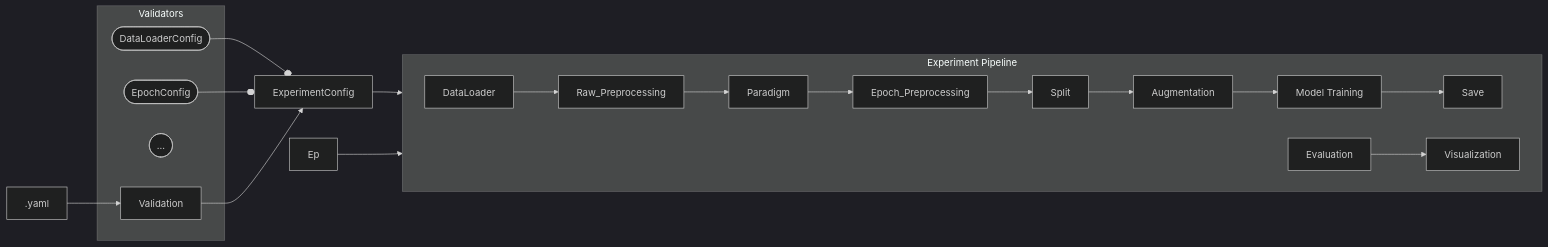
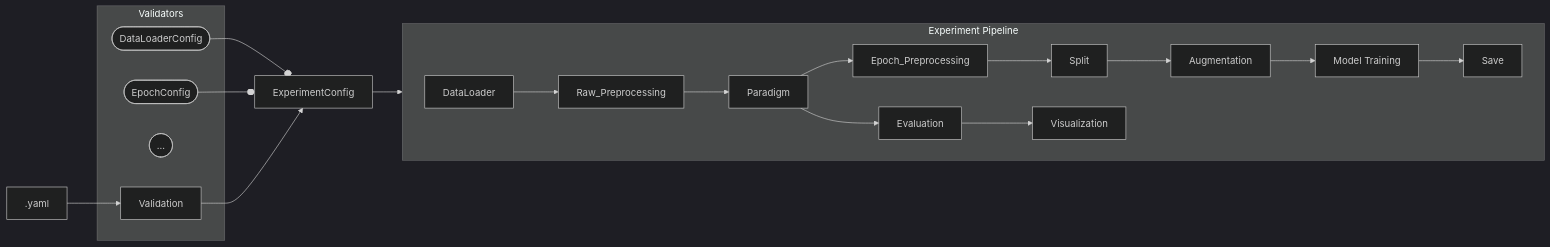
The diagram in README.md (Jirka70/TSP), drawn with Mermaid before and after one commit.

Commit message:
Update README with pipeline step changes

````diff
--- a/README.md
+++ b/README.md
@@ -7,43 +7,43 @@
 ```mermaid
 ---
 config:
   theme: 'dark'
 ---
 flowchart LR
     subgraph Experiment Pipeline
         direction LR
         DL[DataLoader]
         RPreprc[Raw_Preprocessing]
         Prdgm[Paradigm]
         EPreprc[Epoch_Preprocessing]
         Spl[Split]
         Aug[Augmentation]
         Train[Model Training]
         Eval[Evaluation]
         Viz[Visualization]
         Sv[Save]
     end
 
     subgraph Validators
         VALID[Validation]
         DLV([DataLoaderConfig])
         other([...])
         Epoch([EpochConfig])
     end
 
     DLV --o ExConf
     Epoch --o ExConf
 
     YAML[.yaml] --> VALID[Validation]
     VALID --> ExConf[ExperimentConfig]
     ExConf --> DL
     DL --> RPreprc
     RPreprc --> Prdgm
     Prdgm --> EPreprc
     EPreprc --> Spl
     Spl --> Aug
     Aug --> Train
     Train --> Sv
-    Ep --> Eval
+    Prdgm --> Eval
     Eval --> Viz
 ```
````
